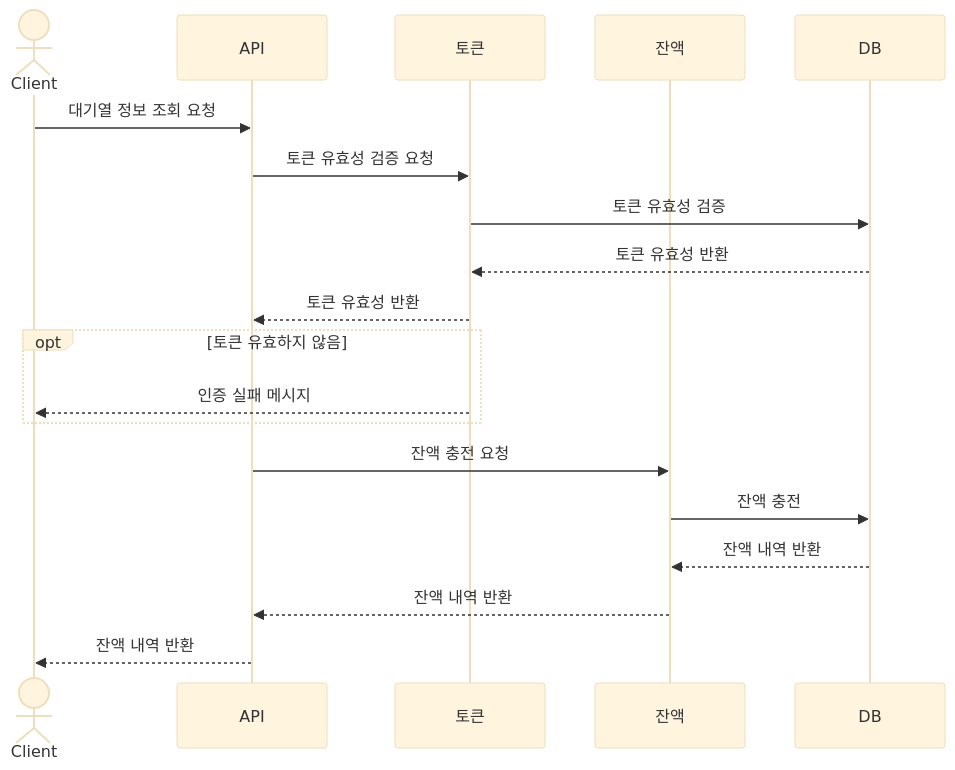
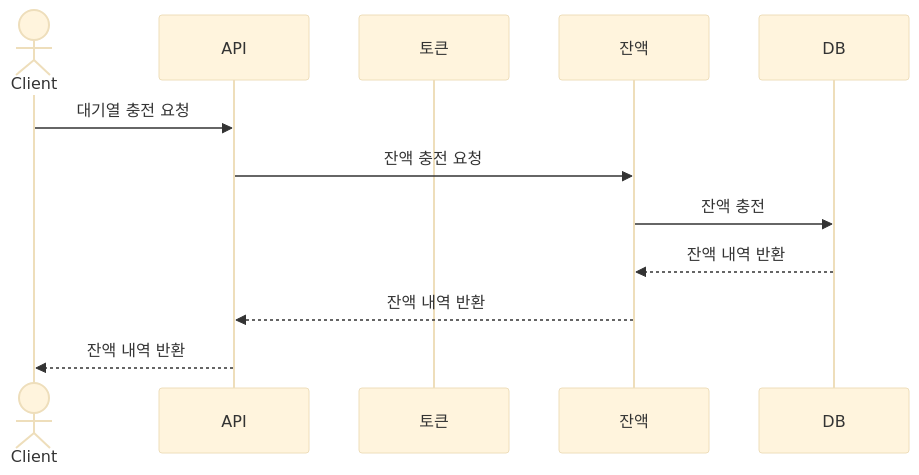
One commit to hyojin202406/hanghae-concert changed the sixth of 8 diagrams in docs/sequence_diagram.md. Above: the diagram before and after it, drawn with Mermaid (base theme). The commit also changed other lines of this file, not shown here.

Commit message:
docs: 시퀀스 다이어그램 수정

````diff
--- a/docs/sequence_diagram.md
+++ b/docs/sequence_diagram.md
@@ -144,22 +172,15 @@
 ```mermaid
 sequenceDiagram
     actor Client
     participant API
     participant 토큰서비스 as 토큰
     participant 잔액서비스 as 잔액
     participant DB
 
-    Client ->> API: 대기열 정보 조회 요청
-    API ->> 토큰서비스: 토큰 유효성 검증 요청
-    토큰서비스 ->> DB: 토큰 유효성 검증
-    DB -->> 토큰서비스: 토큰 유효성 반환
-    토큰서비스 -->> API: 토큰 유효성 반환
-    opt 토큰 유효하지 않음
-        토큰서비스-->>Client: 인증 실패 메시지
-    end
+    Client ->> API: 대기열 충전 요청
     API ->> 잔액서비스: 잔액 충전 요청
     잔액서비스 ->> DB: 잔액 충전
     DB -->> 잔액서비스: 잔액 내역 반환
     잔액서비스 -->> API: 잔액 내역 반환
     API -->> Client: 잔액 내역 반환
 ```
````
